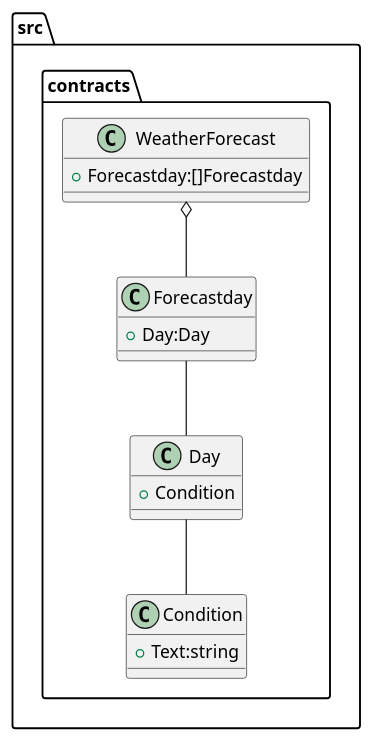
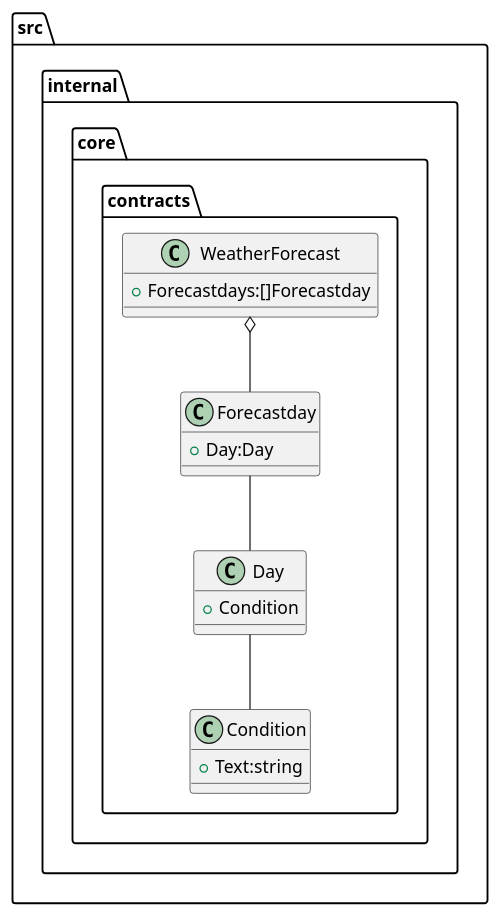
Before and after one commit to micoyeye22/TUITechHomework: the diagram in docs/usecases/getforecastforcities/contracts/weather_forecast.puml, drawn with PlantUML. The commit also changed 14 other files, not shown here.

Commit message:
Developed usecase, added models and contracts, fixed diagram (#3)

```diff
--- a/docs/usecases/getforecastforcities/contracts/weather_forecast.puml
+++ b/docs/usecases/getforecastforcities/contracts/weather_forecast.puml
@@ -1,25 +1,25 @@
 @startuml
 
-package "src.contracts"{
+package "src.internal.core.contracts"{
     class WeatherForecast {
-        + Forecastday:[]Forecastday
+        + Forecastdays:[]Forecastday
     }
 
     class Forecastday {
         + Day:Day
     }
 
     class Day {
         + Condition
     }
 
     class Condition {
         + Text:string
     }
 }
 
 WeatherForecast o-- Forecastday
 Forecastday -- Day
 Day -- Condition
 
 @enduml
```
